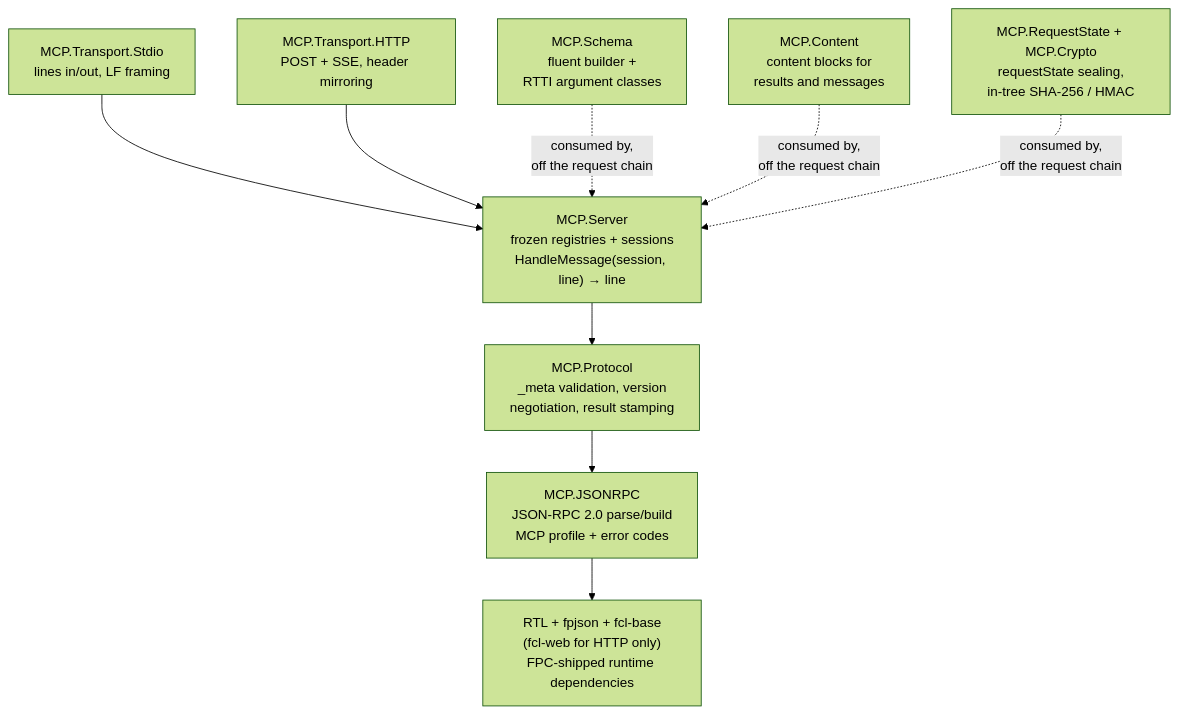
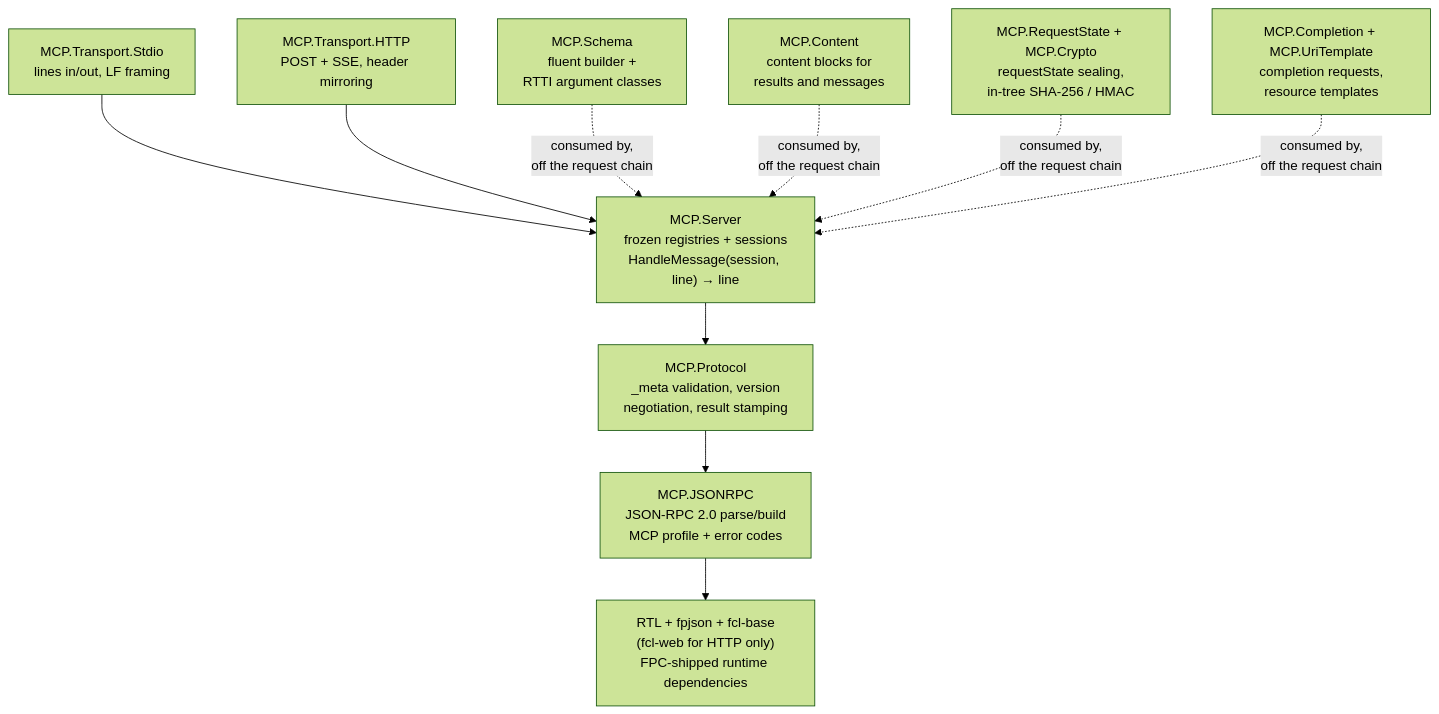
One commit to frostney/pascal-mcp-sdk changed the first of 5 diagrams in docs/internals/architecture.md. Above: the diagram before and after it, drawn with Mermaid (forest theme). The commit also changed other lines of this file and 20 other files, not shown here.

````diff
--- a/docs/internals/architecture.md
+++ b/docs/internals/architecture.md
@@ -31,20 +33,22 @@
 ```mermaid
 flowchart TB
     STDIO["MCP.Transport.Stdio<br/>lines in/out, LF framing"]
     HTTP["MCP.Transport.HTTP<br/>POST + SSE, header mirroring"]
     SCHEMA["MCP.Schema<br/>fluent builder +<br/>RTTI argument classes"]
     CONTENT["MCP.Content<br/>content blocks for<br/>results and messages"]
     SEAL["MCP.RequestState + MCP.Crypto<br/>requestState sealing,<br/>in-tree SHA-256 / HMAC"]
+    HELPERS["MCP.Completion + MCP.UriTemplate<br/>completion requests,<br/>resource templates"]
     SERVER["MCP.Server<br/>frozen registries + sessions<br/>HandleMessage(session, line) → line"]
     PROTOCOL["MCP.Protocol<br/>_meta validation, version<br/>negotiation, result stamping"]
     JSONRPC["MCP.JSONRPC<br/>JSON-RPC 2.0 parse/build<br/>MCP profile + error codes"]
     RTL["RTL + fpjson + fcl-base<br/>(fcl-web for HTTP only)<br/>FPC-shipped runtime dependencies"]
     STDIO --> SERVER
     HTTP --> SERVER
     SCHEMA -. "consumed by,<br/>off the request chain" .-> SERVER
     CONTENT -. "consumed by,<br/>off the request chain" .-> SERVER
     SEAL -. "consumed by,<br/>off the request chain" .-> SERVER
+    HELPERS -. "consumed by,<br/>off the request chain" .-> SERVER
     SERVER --> PROTOCOL
     PROTOCOL --> JSONRPC
     JSONRPC --> RTL
 ```
````
